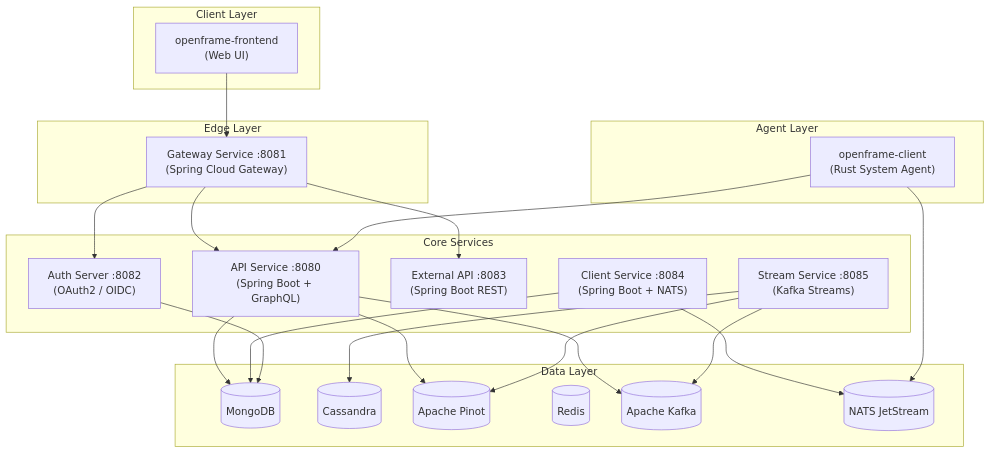
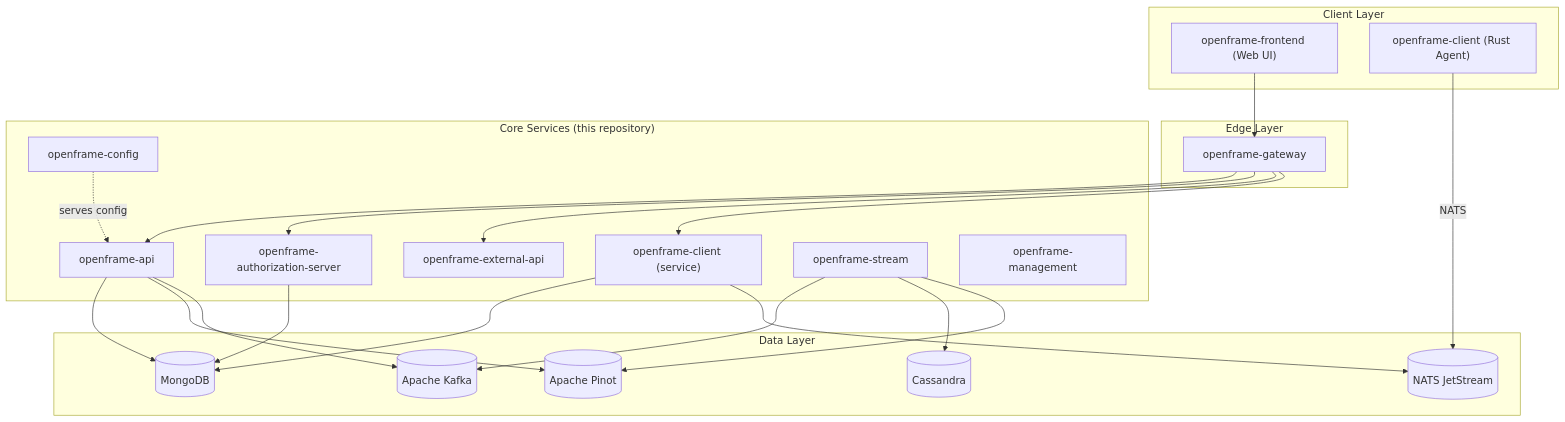
One commit to flamingo-stack/openframe-oss-tenant changed the diagram in README.md. Above: the diagram before and after it, drawn with Mermaid. The commit also changed other lines of this file and 28 other files, not shown here.

````diff
--- a/README.md
+++ b/README.md
@@ -41,47 +34,46 @@
 ```mermaid
-graph TB
+flowchart TB
     subgraph Clients["Client Layer"]
-        FrontendUI["openframe-frontend\n(Web UI)"]
+        FrontendUI["openframe-frontend (Web UI)"]
+        RustAgent["openframe-client (Rust Agent)"]
     end
 
     subgraph Gateway["Edge Layer"]
-        GW["Gateway Service :8081\n(Spring Cloud Gateway)"]
+        GW["openframe-gateway"]
     end
 
-    subgraph CoreServices["Core Services"]
-        API["API Service :8080\n(Spring Boot + GraphQL)"]
-        AuthServer["Auth Server :8082\n(OAuth2 / OIDC)"]
-        ExtAPI["External API :8083\n(Spring Boot REST)"]
-        StreamSvc["Stream Service :8085\n(Kafka Streams)"]
-        ClientSvc["Client Service :8084\n(Spring Boot + NATS)"]
-    end
-
-    subgraph AgentLayer["Agent Layer"]
-        OFClient["openframe-client\n(Rust System Agent)"]
+    subgraph CoreServices["Core Services (this repository)"]
+        API["openframe-api"]
+        AuthServer["openframe-authorization-server"]
+        ExtAPI["openframe-external-api"]
+        ClientSvc["openframe-client (service)"]
+        StreamSvc["openframe-stream"]
+        Mgmt["openframe-management"]
+        Config["openframe-config"]
     end
 
     subgraph DataLayer["Data Layer"]
         Mongo[("MongoDB")]
         Cassandra[("Cassandra")]
         Pinot[("Apache Pinot")]
-        Redis[("Redis")]
         Kafka[("Apache Kafka")]
         NATS[("NATS JetStream")]
     end
 
     FrontendUI --> GW
+    RustAgent -->|NATS| NATS
     GW --> API
     GW --> AuthServer
     GW --> ExtAPI
+    GW --> ClientSvc
     API --> Mongo
     API --> Pinot
     API --> Kafka
     StreamSvc --> Kafka
     StreamSvc --> Cassandra
     StreamSvc --> Pinot
     ClientSvc --> Mongo
     ClientSvc --> NATS
     AuthServer --> Mongo
-    OFClient --> NATS
-    OFClient --> API
+    Config -.->|serves config| API
 ```
````
